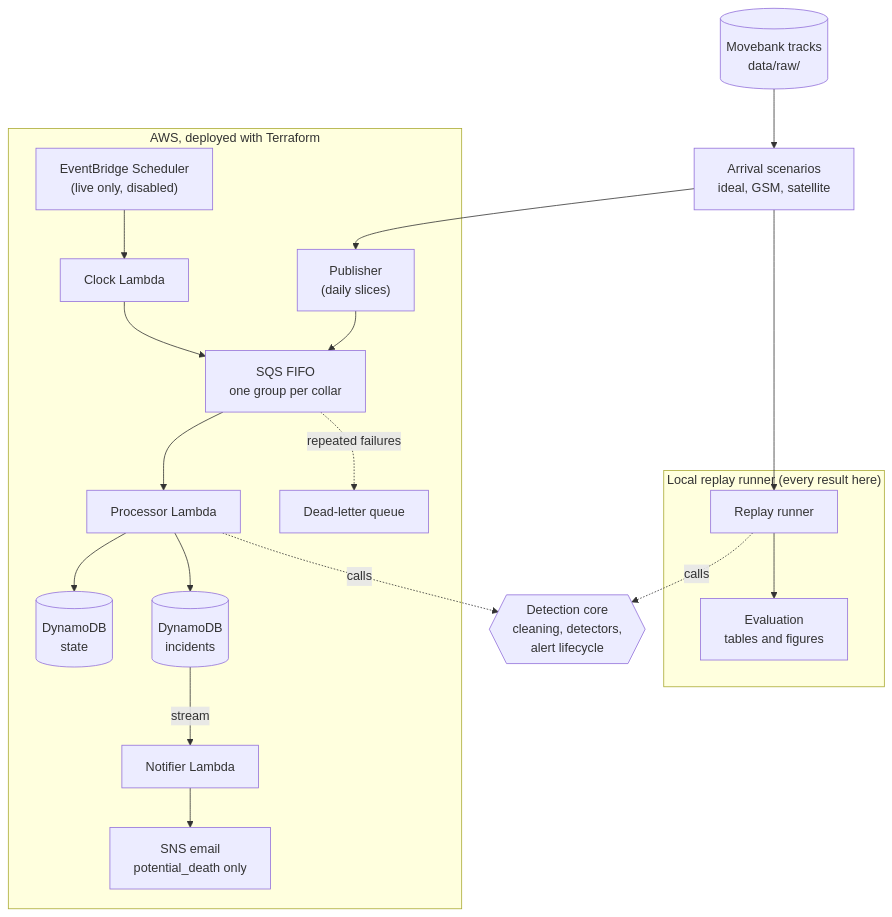
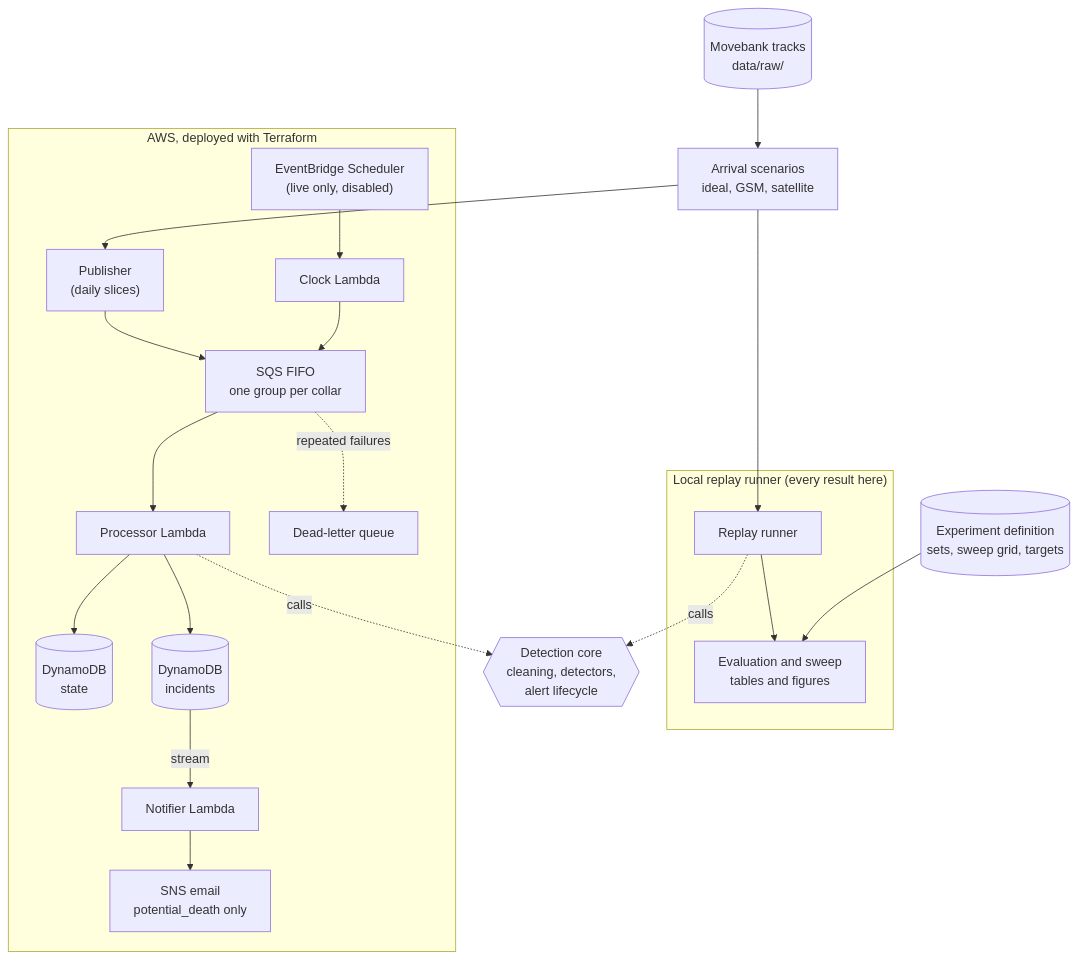
One commit to benmacp123/collar-telemetry changed the diagram in README.md. Above: the diagram before and after it, drawn with Mermaid. The commit also changed other lines of this file and 20 other files, not shown here.

````diff
--- a/README.md
+++ b/README.md
@@ -140,24 +141,26 @@
 ```mermaid
 flowchart TB
     data[("Movebank tracks<br>data/raw/")] --> arrival["Arrival scenarios<br>ideal, GSM, satellite"]
     core{{"Detection core<br>cleaning, detectors,<br>alert lifecycle"}}
+    experiment[("Experiment definition<br>sets, sweep grid, targets")]
 
     subgraph local ["Local replay runner (every result here)"]
-        replay["Replay runner"] --> evaluation["Evaluation<br>tables and figures"]
+        replay["Replay runner"] --> evaluation["Evaluation and sweep<br>tables and figures"]
     end
 
     subgraph aws ["AWS, deployed with Terraform"]
         publisher["Publisher<br>(daily slices)"] --> queue["SQS FIFO<br>one group per collar"]
         scheduler["EventBridge Scheduler<br>(live only, disabled)"] --> clock["Clock Lambda"] --> queue
         queue --> processor["Processor Lambda"]
         queue -. "repeated failures" .-> dlq["Dead-letter queue"]
         processor --> state[("DynamoDB<br>state")]
         processor --> incidents[("DynamoDB<br>incidents")]
         incidents -- stream --> notifier["Notifier Lambda"] --> sns["SNS email<br>potential_death only"]
     end
 
+    experiment --> evaluation
     arrival --> replay
     arrival --> publisher
     replay -. calls .-> core
     processor -. calls .-> core
 ```
````
